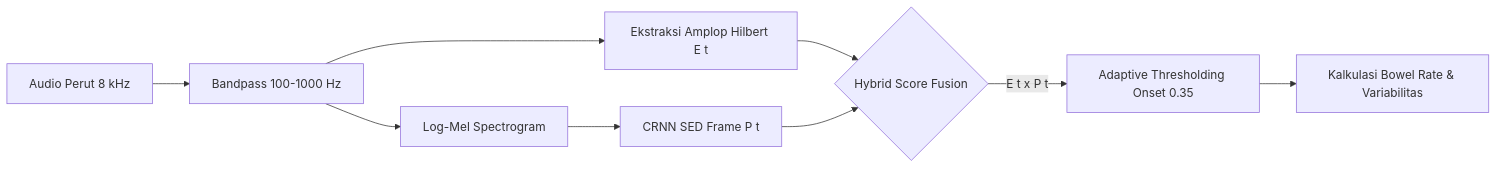
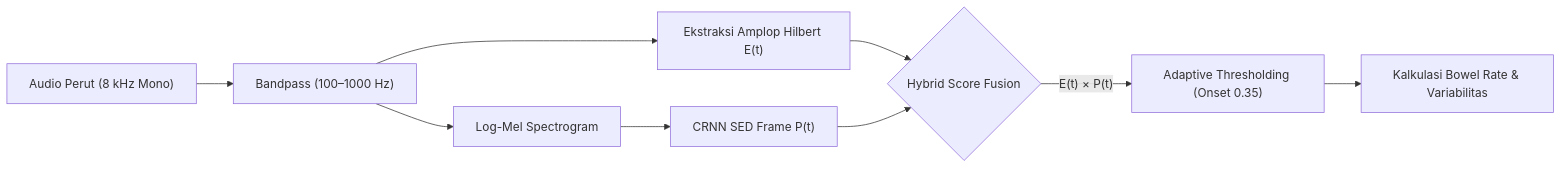
Before and after one commit to vinend/Despro-AurisCore: the second of 2 diagrams in PROGRESS_WEBAPP_ABDOMEN_AI.md, drawn with Mermaid. The commit also changed other lines of this file, not shown here.

Commit message:
fix(docs): replace gitGraph with flowchart TD for reliable mermaid rendering

````diff
--- a/PROGRESS_WEBAPP_ABDOMEN_AI.md
+++ b/PROGRESS_WEBAPP_ABDOMEN_AI.md
@@ -244,11 +246,11 @@
 ```mermaid
 flowchart LR
-    Audio[Audio Perut 8 kHz] --> Bandpass[Bandpass 100-1000 Hz]
-    Bandpass --> DSP[Ekstraksi Amplop Hilbert E t]
-    Bandpass --> Mel[Log-Mel Spectrogram]
-    Mel --> CRNN[CRNN SED Frame P t]
-    DSP --> Gate{Hybrid Score Fusion}
+    Audio["Audio Perut (8 kHz Mono)"] --> Bandpass["Bandpass (100–1000 Hz)"]
+    Bandpass --> DSP["Ekstraksi Amplop Hilbert E(t)"]
+    Bandpass --> Mel["Log-Mel Spectrogram"]
+    Mel --> CRNN["CRNN SED Frame P(t)"]
+    DSP --> Gate{"Hybrid Score Fusion"}
     CRNN --> Gate
-    Gate -->|E t x P t| Hysteresis[Adaptive Thresholding Onset 0.35]
-    Hysteresis --> Motility[Kalkulasi Bowel Rate & Variabilitas]
+    Gate -->|"E(t) × P(t)"| Hysteresis["Adaptive Thresholding (Onset 0.35)"]
+    Hysteresis --> Motility["Kalkulasi Bowel Rate & Variabilitas"]
 ```
````
